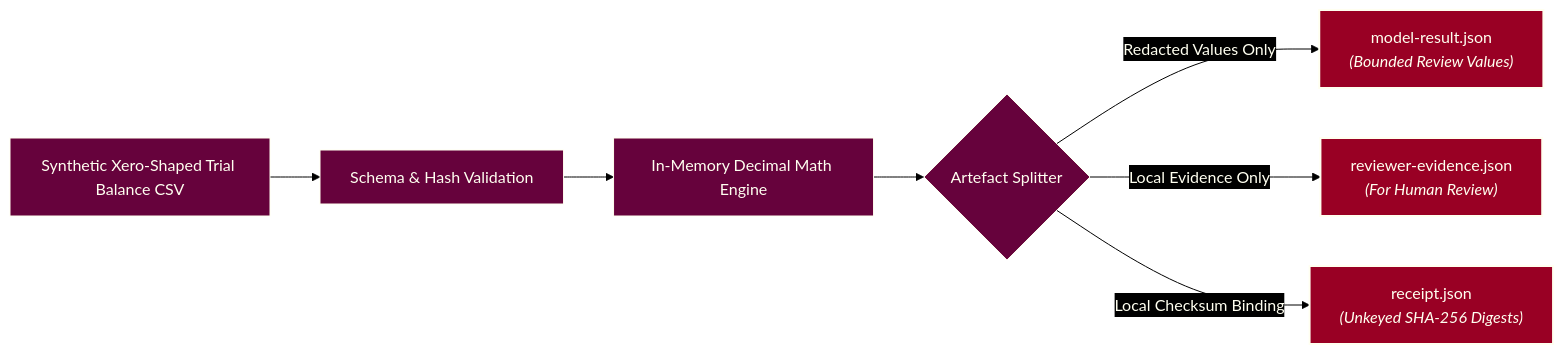
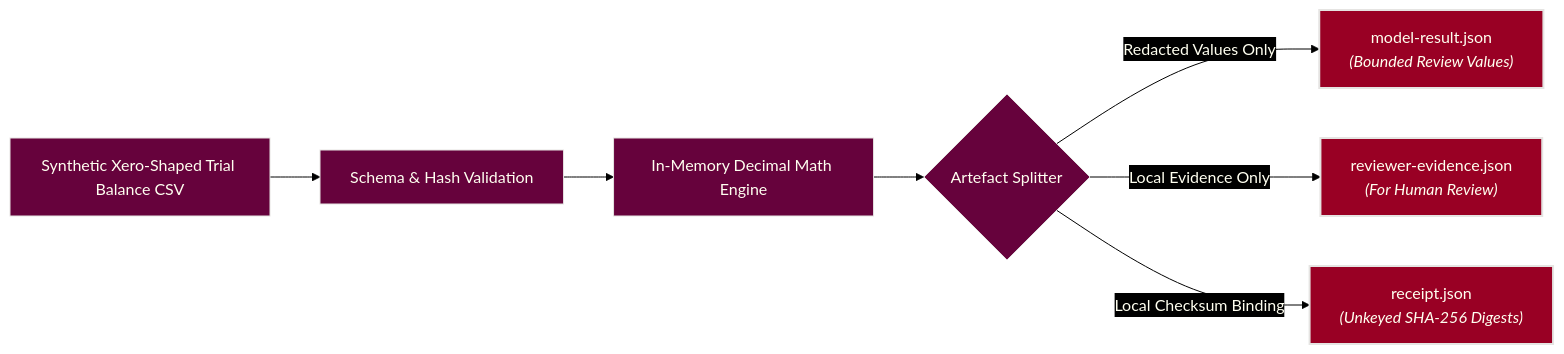
Before and after one commit to ryanduguid/accounting-review-pipeline: the diagram in packages/elizabeth-anne-alexander/DATA-FLOW.md, drawn with Mermaid. The commit also changed 4 other files, not shown here.

First line of the commit message:
Draw Mermaid borders and lines in platinum

````diff
--- a/packages/elizabeth-anne-alexander/DATA-FLOW.md
+++ b/packages/elizabeth-anne-alexander/DATA-FLOW.md
@@ -16,14 +16,14 @@
 ```mermaid
 flowchart LR
-%%{init: {"theme": "base", "look": "classic", "themeVariables": {"background": "#000000", "primaryColor": "#66023C", "primaryTextColor": "#FFFFF0", "primaryBorderColor": "#FFFFF0", "lineColor": "#000000", "textColor": "#FFFFF0", "edgeLabelBackground": "#000000", "clusterBkg": "#000000", "clusterBorder": "#FFFFF0", "titleColor": "#FFFFF0"}, "themeCSS": ".flowchart-link, .relationshipLine, marker path { filter: drop-shadow(0px 1px 0px #FFFFF0) drop-shadow(0px -1px 0px #FFFFF0) drop-shadow(1px 0px 0px #FFFFF0) drop-shadow(-1px 0px 0px #FFFFF0); }"}}%%
+%%{init: {"theme": "base", "look": "classic", "themeVariables": {"background": "#000000", "primaryColor": "#66023C", "primaryTextColor": "#FFFFF0", "primaryBorderColor": "#E5E4E2", "lineColor": "#000000", "textColor": "#FFFFF0", "edgeLabelBackground": "#000000", "clusterBkg": "#000000", "clusterBorder": "#E5E4E2", "titleColor": "#FFFFF0"}, "themeCSS": ".flowchart-link, .relationshipLine, marker path { filter: drop-shadow(0px 1px 0px #E5E4E2) drop-shadow(0px -1px 0px #E5E4E2) drop-shadow(1px 0px 0px #E5E4E2) drop-shadow(-1px 0px 0px #E5E4E2); }"}}%%
     Source["Synthetic Xero-Shaped Trial Balance CSV"] --> Ingestion["Schema & Hash Validation"]
     Ingestion --> Sandbox["In-Memory Decimal Math Engine"]
     Sandbox --> Split{"Artefact Splitter"}
     
     Split -->|Redacted Values Only| ModelArtifact["model-result.json<br/><i>(Bounded Review Values)</i>"]
     Split -->|Local Evidence Only| HumanArtifact["reviewer-evidence.json<br/><i>(For Human Review)</i>"]
     Split -->|Local Checksum Binding| Receipt["receipt.json<br/><i>(Unkeyed SHA-256 Digests)</i>"]
-    style ModelArtifact fill:#990024,stroke:#FFFFF0,stroke-width:2px,color:#FFFFF0
-    style HumanArtifact fill:#990024,stroke:#FFFFF0,stroke-width:2px,color:#FFFFF0
-    style Receipt fill:#990024,stroke:#FFFFF0,stroke-width:2px,color:#FFFFF0
+    style ModelArtifact fill:#990024,stroke:#E5E4E2,stroke-width:2px,color:#FFFFF0
+    style HumanArtifact fill:#990024,stroke:#E5E4E2,stroke-width:2px,color:#FFFFF0
+    style Receipt fill:#990024,stroke:#E5E4E2,stroke-width:2px,color:#FFFFF0
 ```
````
